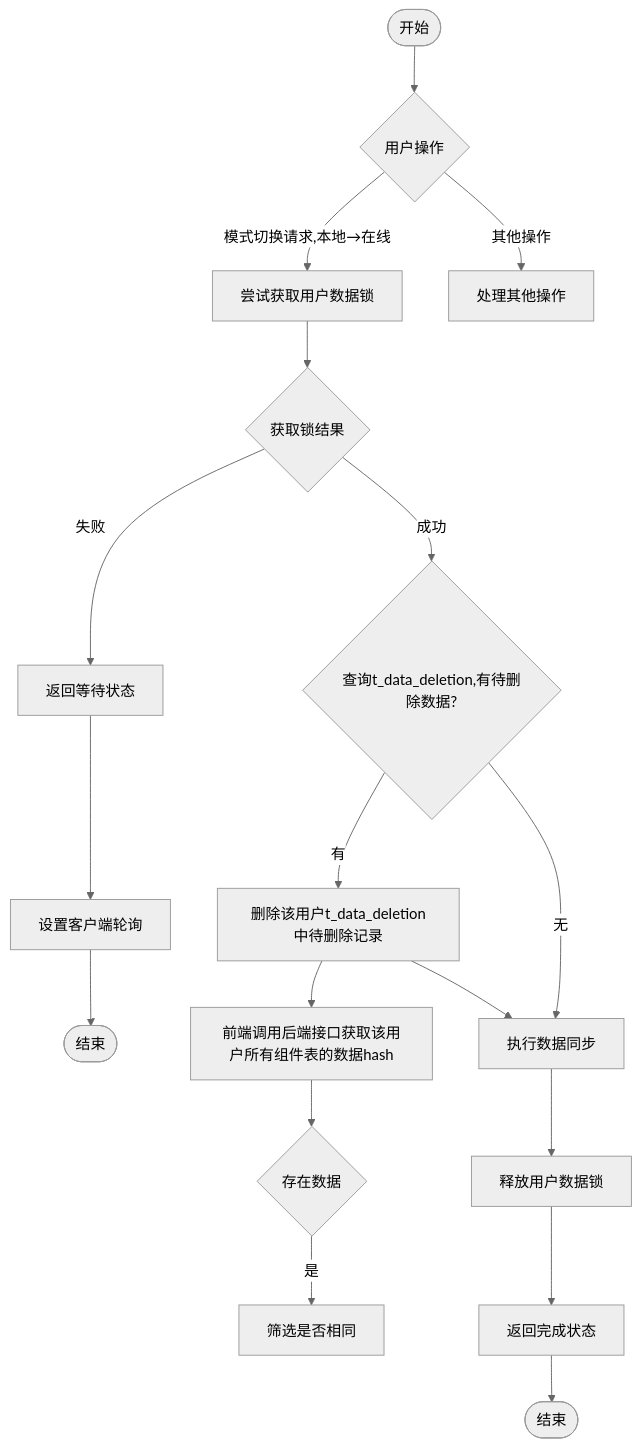
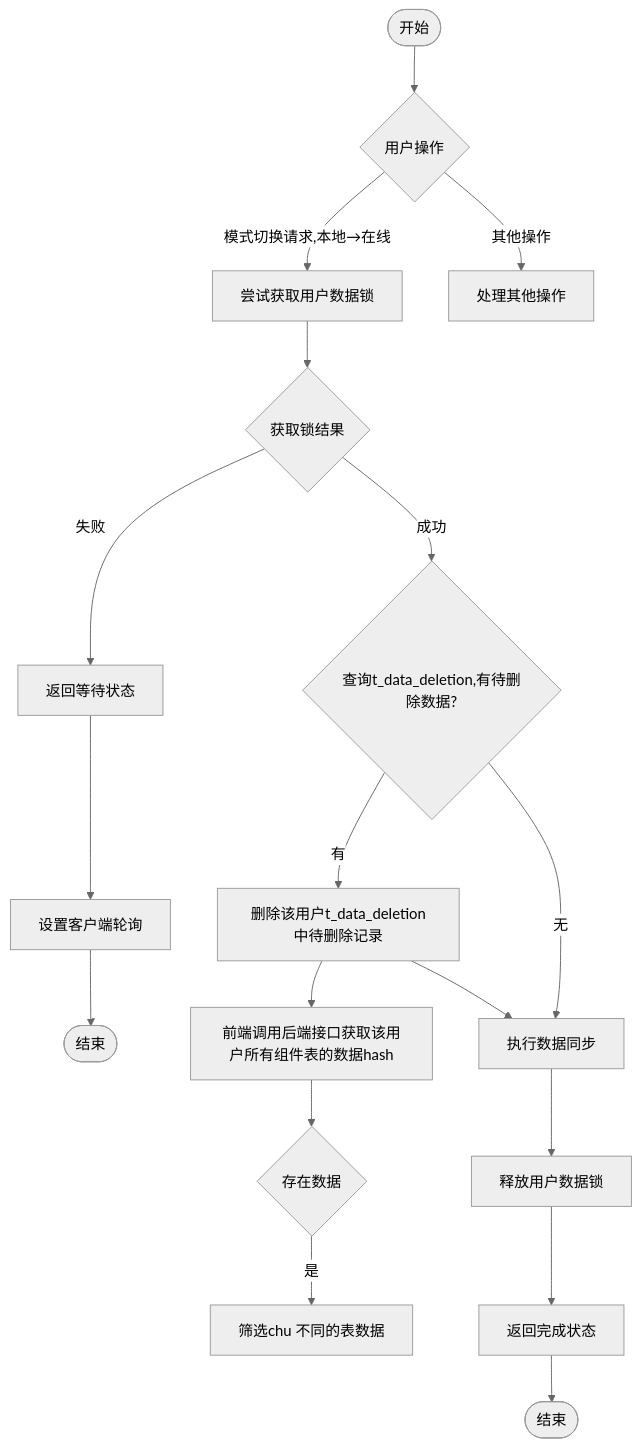
Before and after one commit to yingjianzh/iodraw-files: the diagram in all/未命名-57.md, drawn with Mermaid (neutral theme).

Commit message:
2025-05-12 11:33:17 update

````diff
--- a/all/未命名-57.md
+++ b/all/未命名-57.md
@@ -1,32 +1,32 @@
 ```mermaid
 
 flowchart TD
     %% 主要分支
     Start([开始]) --> UserAction{用户操作}
     UserAction -->|模式切换请求,本地→在线| TryLock[尝试获取用户数据锁]
     UserAction -->|其他操作| OtherOps[处理其他操作]
 
     %% 模式切换流程
     TryLock --> LockResult{获取锁结果}
     
     LockResult -->|失败| ReturnWaiting[返回等待状态]
     ReturnWaiting --> SetupPolling[设置客户端轮询]
     SetupPolling --> End1([结束])
     
     LockResult -->|成功| CheckPendingDeletion{查询t_data_deletion,有待删除数据?}
     
     CheckPendingDeletion -->|有| RemoveDeletionRecords[删除该用户t_data_deletion中待删除记录]
     RemoveDeletionRecords --> FrontGetComponentTableHash[前端调用后端接口获取该用户所有组件表的数据hash]
     FrontGetComponentTableHash --> ExistData{存在数据}
 
-    ExistData --> |是| CheckIsSame[筛选是否相同]
+    ExistData --> |是| CheckIsSame[筛选chu 不同的表数据]
 
     RemoveDeletionRecords --> PerformSync[执行数据同步]
     
     CheckPendingDeletion -->|无| PerformSync
     
     PerformSync --> ReleaseSwitchLock[释放用户数据锁]
     ReleaseSwitchLock --> ReturnComplete[返回完成状态]
     ReturnComplete --> End2([结束])
 
 ```
````
